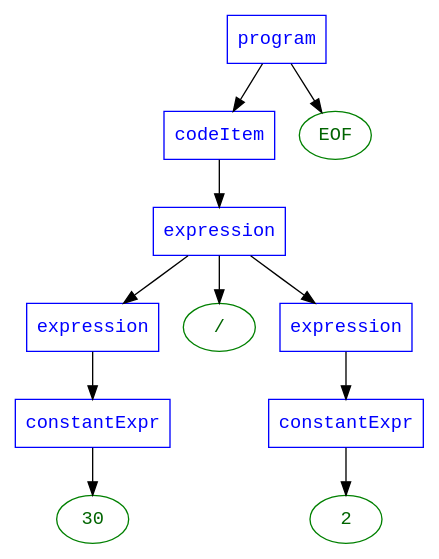
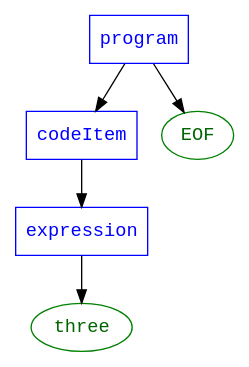
Before and after one commit to fractioneater/flicker3: the diagram in tree.dot, drawn with Graphviz. The commit also changed 7 other files, not shown here.

```diff
--- a/tree.dot
+++ b/tree.dot
@@ -1,25 +1,13 @@
 digraph ParseTree {
   rankdir=TB;
   node [fontname="Courier New"];
   n0 [label="program", shape=box, color=blue, fontcolor=blue];
   n1 [label="codeItem", shape=box, color=blue, fontcolor=blue];
   n0 -> n1;
   n2 [label="expression", shape=box, color=blue, fontcolor=blue];
   n1 -> n2;
-  n3 [label="expression", shape=box, color=blue, fontcolor=blue];
+  n3 [label="three", shape=ellipse, color=green, fontcolor=darkgreen];
   n2 -> n3;
-  n4 [label="constantExpr", shape=box, color=blue, fontcolor=blue];
-  n3 -> n4;
-  n5 [label="30", shape=ellipse, color=green, fontcolor=darkgreen];
-  n4 -> n5;
-  n6 [label="/", shape=ellipse, color=green, fontcolor=darkgreen];
-  n2 -> n6;
-  n7 [label="expression", shape=box, color=blue, fontcolor=blue];
-  n2 -> n7;
-  n8 [label="constantExpr", shape=box, color=blue, fontcolor=blue];
-  n7 -> n8;
-  n9 [label="2", shape=ellipse, color=green, fontcolor=darkgreen];
-  n8 -> n9;
-  n10 [label="EOF", shape=ellipse, color=green, fontcolor=darkgreen];
-  n0 -> n10;
+  n4 [label="EOF", shape=ellipse, color=green, fontcolor=darkgreen];
+  n0 -> n4;
 }
```
